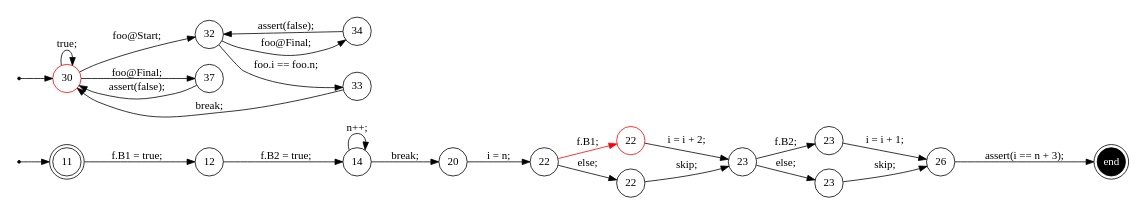
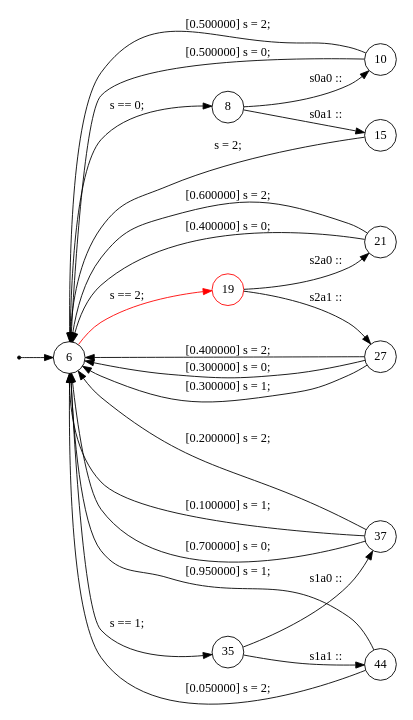
One commit to samilazregsuidi/Daedalux changed the diagram in trace/10.dot. Above: the diagram before and after it, drawn with Graphviz. The commit also changed 277 other files, not shown here.

```diff
--- a/trace/10.dot
+++ b/trace/10.dot
@@ -1,48 +1,39 @@
 digraph finite_state_machine {
 	rankdir=LR
 	size="8,5"
-	93824993311008 [label = 11, shape = doublecircle, fixedsize = true]; 
-	s93824993311008 [shape = point];
-	93824993307216 [label = 30, shape = doublecircle, color = red, fixedsize = true]; 
-	s93824993307216 [shape = point];
-	e93824993306544 [shape = doublecircle, fixedsize = true, style = filled, fillcolor = black, fontcolor = white,  label = end];
-	 93824993312480 [label = 12, shape = circle, fixedsize = true ];
-	 93824993302560 [label = 14, shape = circle, fixedsize = true ];
-	 93824993303360 [label = 20, shape = circle, fixedsize = true ];
-	 93824993303680 [label = 22, shape = circle, fixedsize = true ];
-	 93824993304480 [label = 22, shape = circle, color = red, fixedsize = true ];
-	 93824993305200 [label = 22, shape = circle, fixedsize = true ];
-	 93824993304992 [label = 23, shape = circle, fixedsize = true ];
-	 93824993306032 [label = 23, shape = circle, fixedsize = true ];
-	 93824993306752 [label = 23, shape = circle, fixedsize = true ];
-	 93824993306544 [label = 26, shape = circle, fixedsize = true ];
-	 93824993307216 [label = 30, shape = circle, color = red, fixedsize = true ];
-	 93824993307984 [label = 32, shape = circle, fixedsize = true ];
-	 93824993308816 [label = 33, shape = circle, fixedsize = true ];
-	 93824993309536 [label = 34, shape = circle, fixedsize = true ];
-	 93824993310048 [label = 37, shape = circle, fixedsize = true ];
-	s93824993311008 -> 93824993311008;
-	s93824993307216 -> 93824993307216;
-	93824993311008 -> 93824993312480 [ label = "f.B1 = true; "];
-	93824993312480 -> 93824993302560 [ label = "f.B2 = true; "];
-	93824993302560 -> 93824993303360 [ label = "break; "];
-	93824993302560 -> 93824993302560 [ label = "n++; "];
-	93824993303360 -> 93824993303680 [ label = "i = n; "];
-	93824993303680 -> 93824993304480 [color = red, label = "f.B1; "];
-	93824993304480 -> 93824993304992 [ label = "i = i + 2; "];
-	93824993303680 -> 93824993305200 [ label = "else; "];
-	93824993305200 -> 93824993304992 [ label = "skip; "];
-	93824993304992 -> 93824993306032 [ label = "f.B2; "];
-	93824993306032 -> 93824993306544 [ label = "i = i + 1; "];
-	93824993304992 -> 93824993306752 [ label = "else; "];
-	93824993306752 -> 93824993306544 [ label = "skip; "];
-	93824993306544 -> e93824993306544 [ label = "assert(i == n + 3); "];
-	93824993307216 -> 93824993307984 [ label = "foo@Start; "];
-	93824993307984 -> 93824993308816 [ label = "foo.i == foo.n; "];
-	93824993308816 -> 93824993307216 [ label = "break; "];
-	93824993307984 -> 93824993309536 [ label = "foo@Final; "];
-	93824993309536 -> 93824993307984 [ label = "assert(false); "];
-	93824993307216 -> 93824993310048 [ label = "foo@Final; "];
-	93824993310048 -> 93824993307216 [ label = "assert(false); "];
-	93824993307216 -> 93824993307216 [ label = "true; "];
+	93824993319552 [label = 6, shape = doublecircle, fixedsize = true]; 
+	s93824993319552 [shape = point];
+	 93824993319552 [label = 6, shape = circle, fixedsize = true ];
+	 93824993310416 [label = 8, shape = circle, fixedsize = true ];
+	 93824993310976 [label = 10, shape = circle, fixedsize = true ];
+	 93824993312496 [label = 15, shape = circle, fixedsize = true ];
+	 93824993312944 [label = 19, shape = circle, color = red, fixedsize = true ];
+	 93824993313712 [label = 21, shape = circle, fixedsize = true ];
+	 93824993315232 [label = 27, shape = circle, fixedsize = true ];
+	 93824993316688 [label = 35, shape = circle, fixedsize = true ];
+	 93824993317632 [label = 37, shape = circle, fixedsize = true ];
+	 93824993325184 [label = 44, shape = circle, fixedsize = true ];
+	s93824993319552 -> 93824993319552;
+	93824993319552 -> 93824993310416 [ label = "s == 0; "];
+	93824993310416 -> 93824993310976 [ label = "s0a0 :: "];
+	93824993310976 -> 93824993319552 [ label = " [0.500000] s = 0; "];
+	93824993310976 -> 93824993319552 [ label = " [0.500000] s = 2; "];
+	93824993310416 -> 93824993312496 [ label = "s0a1 :: "];
+	93824993312496 -> 93824993319552 [ label = "s = 2; "];
+	93824993319552 -> 93824993312944 [color = red, label = "s == 2; "];
+	93824993312944 -> 93824993313712 [ label = "s2a0 :: "];
+	93824993313712 -> 93824993319552 [ label = " [0.400000] s = 0; "];
+	93824993313712 -> 93824993319552 [ label = " [0.600000] s = 2; "];
+	93824993312944 -> 93824993315232 [ label = "s2a1 :: "];
+	93824993315232 -> 93824993319552 [ label = " [0.400000] s = 2; "];
+	93824993315232 -> 93824993319552 [ label = " [0.300000] s = 0; "];
+	93824993315232 -> 93824993319552 [ label = " [0.300000] s = 1; "];
+	93824993319552 -> 93824993316688 [ label = "s == 1; "];
+	93824993316688 -> 93824993317632 [ label = "s1a0 :: "];
+	93824993317632 -> 93824993319552 [ label = " [0.100000] s = 1; "];
+	93824993317632 -> 93824993319552 [ label = " [0.700000] s = 0; "];
+	93824993317632 -> 93824993319552 [ label = " [0.200000] s = 2; "];
+	93824993316688 -> 93824993325184 [ label = "s1a1 :: "];
+	93824993325184 -> 93824993319552 [ label = " [0.950000] s = 1; "];
+	93824993325184 -> 93824993319552 [ label = " [0.050000] s = 2; "];
 }
```
